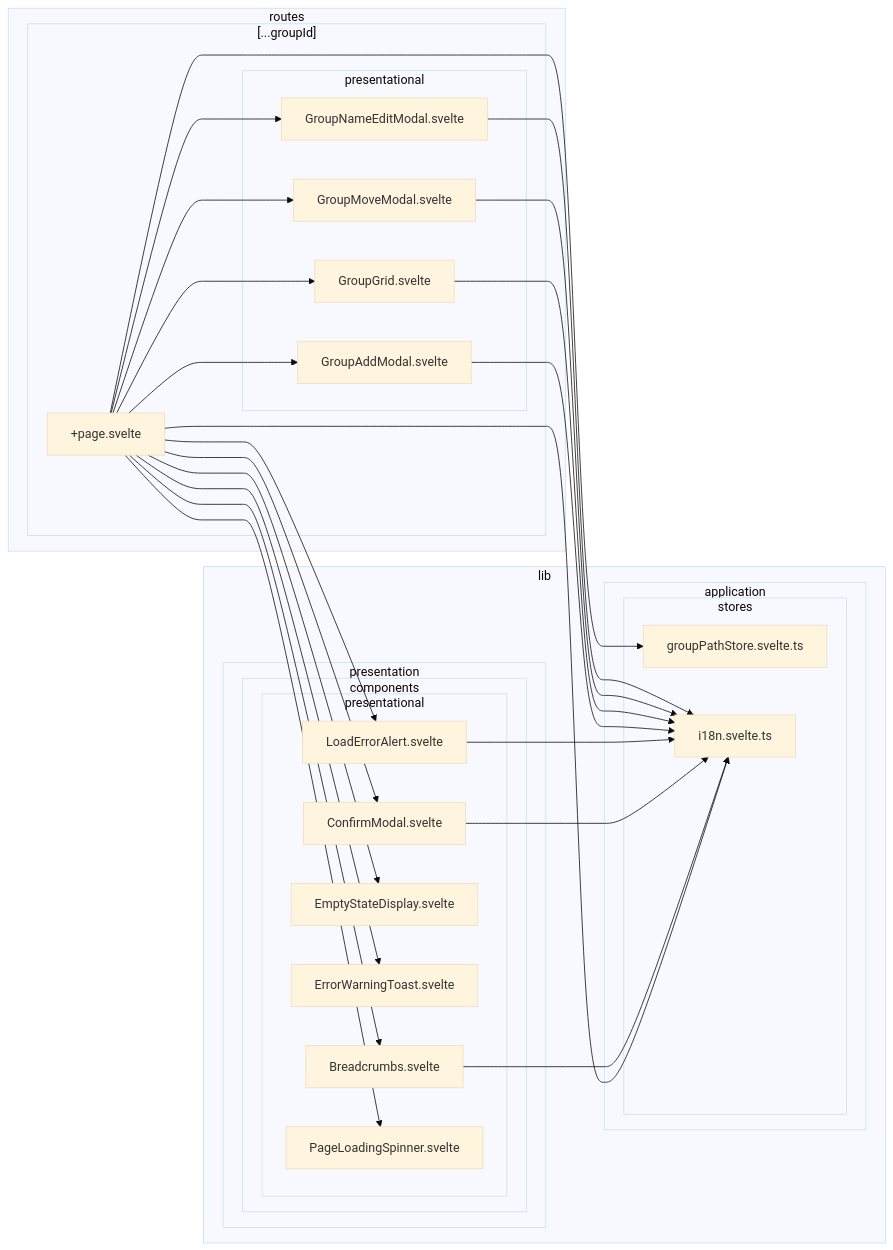
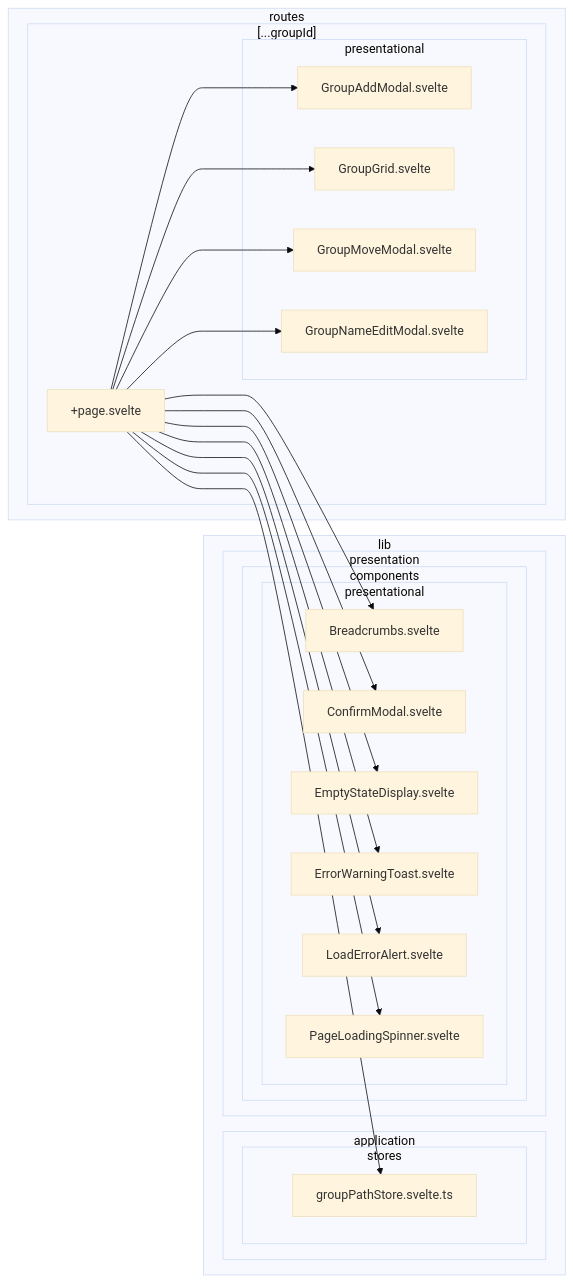
Before and after one commit to k5n/kotonoha: the first of 38 diagrams in doc/dependency-graph.md, drawn with Mermaid (base theme). The commit also changed other lines of this file and 1 other file, not shown here.

Commit message:
refactor: Exclude i18n store from presentation layer dependency graphs to reduce noise

````diff
--- a/doc/dependency-graph.md
+++ b/doc/dependency-graph.md
@@ -9,53 +11,44 @@
 ```mermaid
 graph LR
         subgraph sg_lib ["lib"]
             subgraph sg_lib_application ["application"]
                 subgraph sg_lib_application_stores ["stores"]
                     src_lib_application_stores_groupPathStore_svelte_ts["groupPathStore.svelte.ts"]
-                    src_lib_application_stores_i18n_svelte_ts["i18n.svelte.ts"]
                 end
             end
             subgraph sg_lib_presentation ["presentation"]
                 subgraph sg_lib_presentation_components ["components"]
                     subgraph sg_lib_presentation_components_presentational ["presentational"]
                         src_lib_presentation_components_presentational_Breadcrumbs_svelte["Breadcrumbs.svelte"]
                         src_lib_presentation_components_presentational_ConfirmModal_svelte["ConfirmModal.svelte"]
                         src_lib_presentation_components_presentational_EmptyStateDisplay_svelte["EmptyStateDisplay.svelte"]
                         src_lib_presentation_components_presentational_ErrorWarningToast_svelte["ErrorWarningToast.svelte"]
                         src_lib_presentation_components_presentational_LoadErrorAlert_svelte["LoadErrorAlert.svelte"]
                         src_lib_presentation_components_presentational_PageLoadingSpinner_svelte["PageLoadingSpinner.svelte"]
                     end
                 end
             end
         end
         subgraph sg_routes ["routes"]
             subgraph sg_routes_____groupId_ ["[...groupId]"]
                 src_routes_____groupId___page_svelte["+page.svelte"]
                 subgraph sg_routes_____groupId__presentational ["presentational"]
                     src_routes_____groupId__presentational_GroupAddModal_svelte["GroupAddModal.svelte"]
                     src_routes_____groupId__presentational_GroupGrid_svelte["GroupGrid.svelte"]
                     src_routes_____groupId__presentational_GroupMoveModal_svelte["GroupMoveModal.svelte"]
                     src_routes_____groupId__presentational_GroupNameEditModal_svelte["GroupNameEditModal.svelte"]
                 end
             end
         end
     src_routes_____groupId___page_svelte --> src_lib_application_stores_groupPathStore_svelte_ts
-    src_routes_____groupId___page_svelte --> src_lib_application_stores_i18n_svelte_ts
     src_routes_____groupId___page_svelte --> src_lib_presentation_components_presentational_Breadcrumbs_svelte
     src_routes_____groupId___page_svelte --> src_lib_presentation_components_presentational_ConfirmModal_svelte
     src_routes_____groupId___page_svelte --> src_lib_presentation_components_presentational_EmptyStateDisplay_svelte
     src_routes_____groupId___page_svelte --> src_lib_presentation_components_presentational_ErrorWarningToast_svelte
     src_routes_____groupId___page_svelte --> src_lib_presentation_components_presentational_LoadErrorAlert_svelte
     src_routes_____groupId___page_svelte --> src_lib_presentation_components_presentational_PageLoadingSpinner_svelte
     src_routes_____groupId___page_svelte --> src_routes_____groupId__presentational_GroupAddModal_svelte
     src_routes_____groupId___page_svelte --> src_routes_____groupId__presentational_GroupGrid_svelte
     src_routes_____groupId___page_svelte --> src_routes_____groupId__presentational_GroupMoveModal_svelte
     src_routes_____groupId___page_svelte --> src_routes_____groupId__presentational_GroupNameEditModal_svelte
-    src_lib_presentation_components_presentational_Breadcrumbs_svelte --> src_lib_application_stores_i18n_svelte_ts
-    src_lib_presentation_components_presentational_ConfirmModal_svelte --> src_lib_application_stores_i18n_svelte_ts
-    src_lib_presentation_components_presentational_LoadErrorAlert_svelte --> src_lib_application_stores_i18n_svelte_ts
-    src_routes_____groupId__presentational_GroupAddModal_svelte --> src_lib_application_stores_i18n_svelte_ts
-    src_routes_____groupId__presentational_GroupGrid_svelte --> src_lib_application_stores_i18n_svelte_ts
-    src_routes_____groupId__presentational_GroupMoveModal_svelte --> src_lib_application_stores_i18n_svelte_ts
-    src_routes_____groupId__presentational_GroupNameEditModal_svelte --> src_lib_application_stores_i18n_svelte_ts
 ```
````
